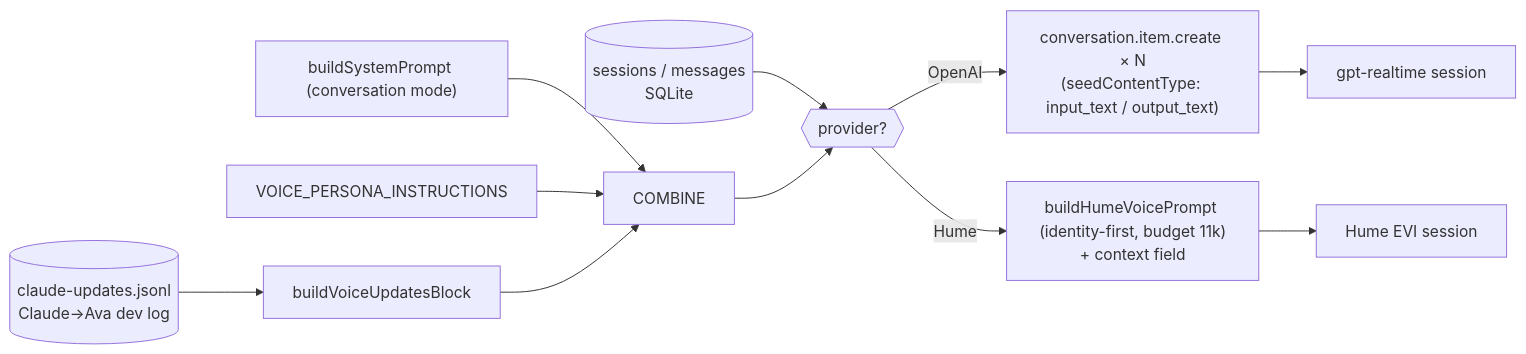
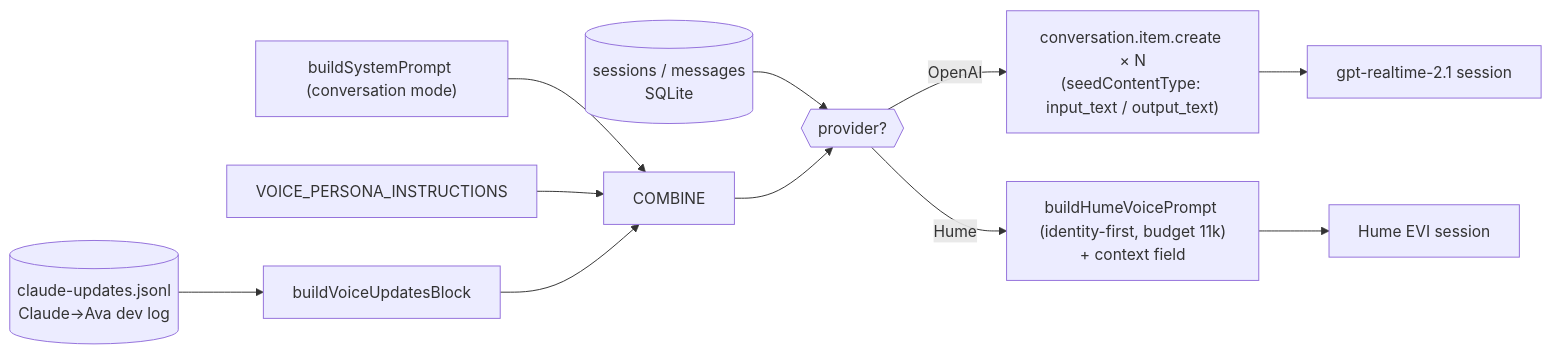
Before and after one commit to NikoloziGagua/AVA: the fourth of 7 diagrams in docs/architecture/06-voice-pipeline.md, drawn with Mermaid. The commit also changed other lines of this file and 23 other files, not shown here.

````diff
--- a/docs/architecture/06-voice-pipeline.md
+++ b/docs/architecture/06-voice-pipeline.md
@@ -371,16 +416,16 @@
 ```mermaid
 flowchart LR
   DB[(sessions / messages<br/>SQLite)] --> SEED
   DEVLOG[(claude-updates.jsonl<br/>Claude→Ava dev log)] --> UPD["buildVoiceUpdatesBlock"]
   SYS["buildSystemPrompt (conversation mode)"] --> COMBINE
   PERSONA["VOICE_PERSONA_INSTRUCTIONS"] --> COMBINE
   UPD --> COMBINE
 
   SEED{{provider?}}
   COMBINE --> SEED
   SEED -->|OpenAI| ITEMS["conversation.item.create × N<br/>(seedContentType: input_text / output_text)"]
   SEED -->|Hume| BLOCK["buildHumeVoicePrompt (identity-first, budget 11k)<br/>+ context field"]
 
-  ITEMS --> RT[gpt-realtime session]
+  ITEMS --> RT[gpt-realtime-2.1 session]
   BLOCK --> HUME[Hume EVI session]
 ```
````
